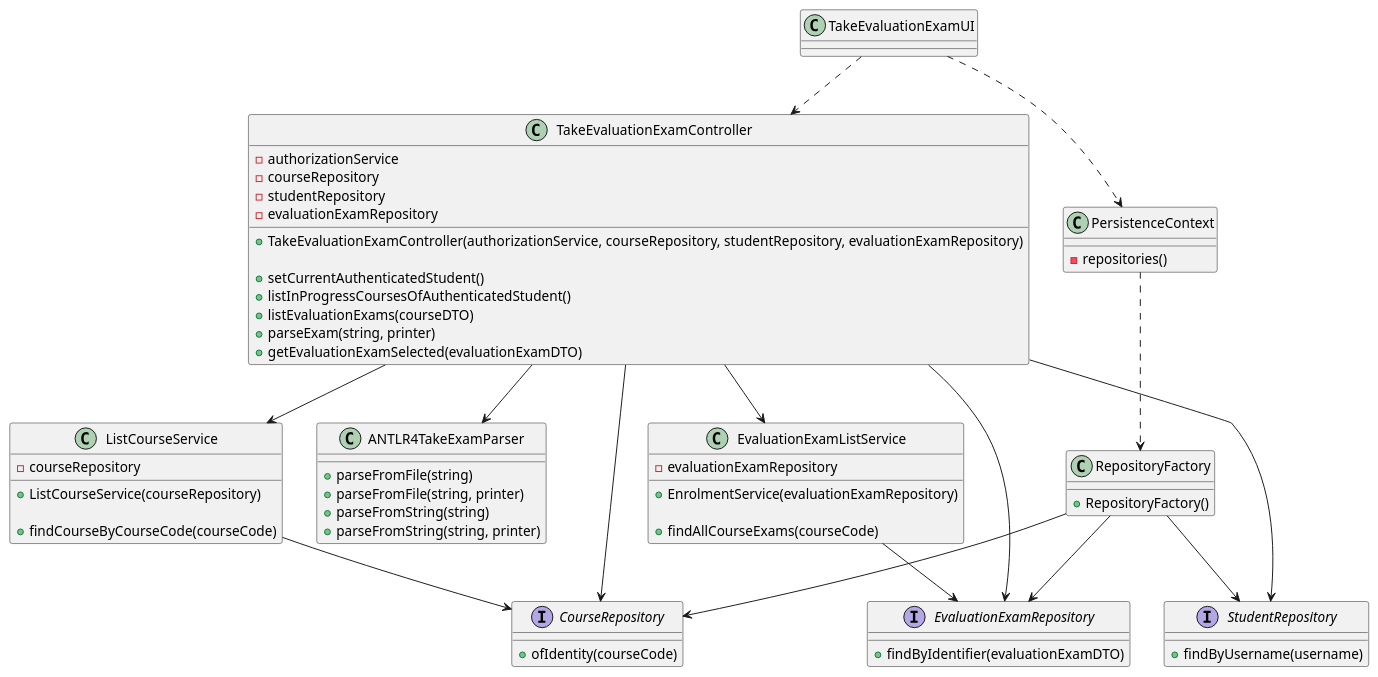
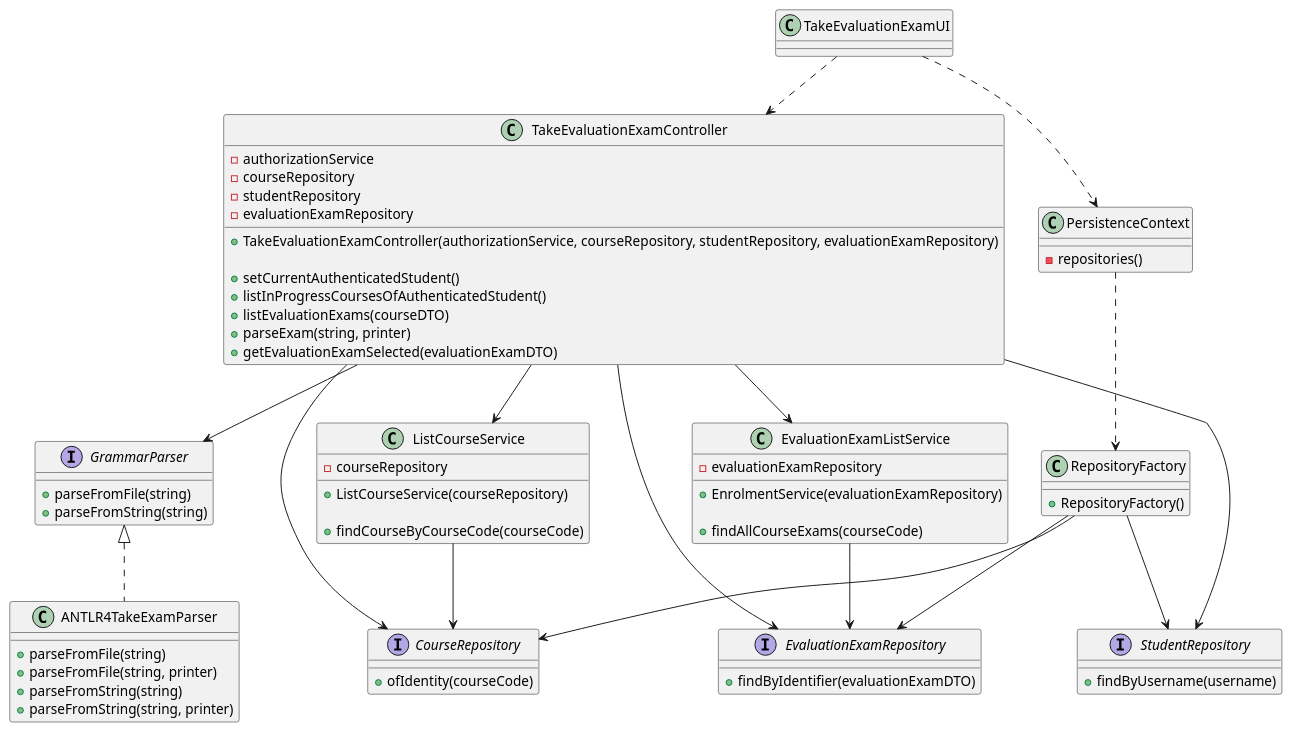
The diagram in docs/sprint-c/us36-2004/US2004_CD.puml (miseEnPlace-dev/lapr4), drawn with PlantUML before and after one commit. The commit also changed 7 other files, not shown here.

Commit message:
fix: fixed implementation of adapter pattern in Take Eval Exam Ctrl (#60)

```diff
--- a/docs/sprint-c/us36-2004/US2004_CD.puml
+++ b/docs/sprint-c/us36-2004/US2004_CD.puml
@@ -1,84 +1,91 @@
 @startuml US2004_CD
 
 class TakeEvaluationExamUI {}
 
 class TakeEvaluationExamController {
 - authorizationService
 - courseRepository
 - studentRepository
 - evaluationExamRepository
 
 + TakeEvaluationExamController(authorizationService, courseRepository, studentRepository, evaluationExamRepository)
 
 + setCurrentAuthenticatedStudent()
 + listInProgressCoursesOfAuthenticatedStudent()
 + listEvaluationExams(courseDTO)
 + parseExam(string, printer)
 + getEvaluationExamSelected(evaluationExamDTO)
+}
+
+interface GrammarParser {
+  + parseFromFile(string)
+  + parseFromString(string)
 }
 
 class ANTLR4TakeExamParser {
 
   + parseFromFile(string)
   + parseFromFile(string, printer)
   + parseFromString(string)
   + parseFromString(string, printer)
 }
 
 class ListCourseService {
 - courseRepository
 
 + ListCourseService(courseRepository)
 
 + findCourseByCourseCode(courseCode)
 }
 
 class EvaluationExamListService {
 - evaluationExamRepository
 
 + EnrolmentService(evaluationExamRepository)
 
 + findAllCourseExams(courseCode)
 }
 
 interface EvaluationExamRepository {
   + findByIdentifier(evaluationExamDTO)
 }
 
 interface CourseRepository {
   + ofIdentity(courseCode)
 }
 
 interface StudentRepository {
   + findByUsername(username)
 }
 
 class RepositoryFactory {
   + RepositoryFactory()
 }
 
 class PersistenceContext {
   - repositories()
 }
 
 TakeEvaluationExamUI ..> TakeEvaluationExamController
 TakeEvaluationExamUI ..> PersistenceContext
 PersistenceContext ..> RepositoryFactory
 
 RepositoryFactory --> CourseRepository
 RepositoryFactory --> EvaluationExamRepository
 RepositoryFactory --> StudentRepository
 
-TakeEvaluationExamController --> ANTLR4TakeExamParser
+TakeEvaluationExamController --> GrammarParser
 TakeEvaluationExamController --> ListCourseService
 TakeEvaluationExamController --> EvaluationExamListService
 TakeEvaluationExamController --> EvaluationExamRepository
 TakeEvaluationExamController --> CourseRepository
 TakeEvaluationExamController --> StudentRepository
 
 ListCourseService --> CourseRepository
 
+GrammarParser <|.. ANTLR4TakeExamParser
+
 EvaluationExamListService --> EvaluationExamRepository
 
 
 @enduml
```
